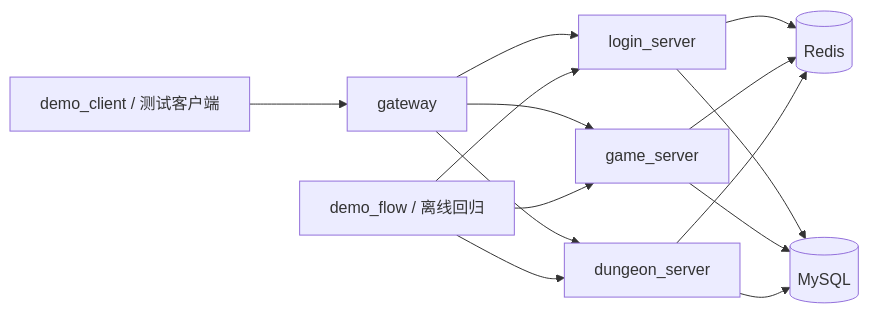
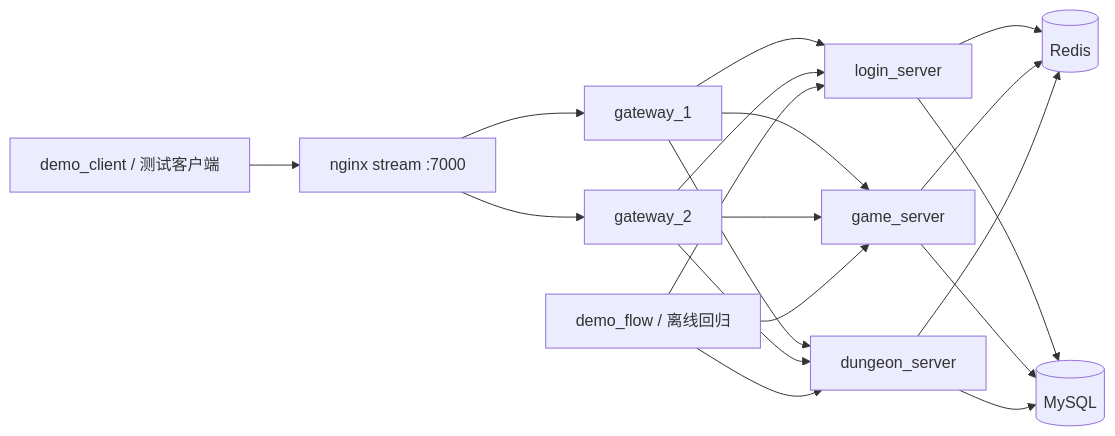
The diagram in README.md (E1nesta/project_moon), drawn with Mermaid before and after one commit. The commit also changed other lines of this file and 85 other files, not shown here.

Commit message:
feat: add delivery packaging and verification flow

````diff
--- a/README.md
+++ b/README.md
@@ -18,16 +18,21 @@
 ```mermaid
 flowchart LR
-    Client["demo_client / 测试客户端"] --> Gateway["gateway"]
-    Gateway --> Login["login_server"]
-    Gateway --> Game["game_server"]
-    Gateway --> Dungeon["dungeon_server"]
+    Client["demo_client / 测试客户端"] --> Nginx["nginx stream :7000"]
+    Nginx --> Gateway1["gateway_1"]
+    Nginx --> Gateway2["gateway_2"]
+    Gateway1 --> Login["login_server"]
+    Gateway1 --> Game["game_server"]
+    Gateway1 --> Dungeon["dungeon_server"]
+    Gateway2 --> Login
+    Gateway2 --> Game
+    Gateway2 --> Dungeon
     Login --> Redis[("Redis")]
     Game --> Redis
     Dungeon --> Redis
     Login --> MySQL[("MySQL")]
     Game --> MySQL
     Dungeon --> MySQL
     Demo["demo_flow / 离线回归"] --> Login
     Demo --> Game
     Demo --> Dungeon
 ```
````
